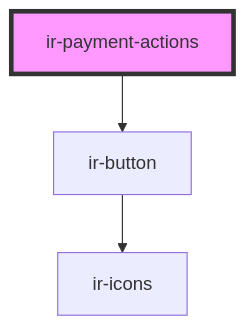
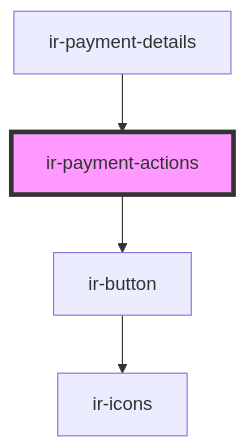
Before and after one commit to David1Chowaifaty/modified-ir-webcmp: the diagram in src/components/ir-booking-details/ir-payment-details/ir-payment-actions/readme.md, drawn with Mermaid. The commit also changed other lines of this file and 13 other files, not shown here.

````diff
--- a/src/components/ir-booking-details/ir-payment-details/ir-payment-actions/readme.md
+++ b/src/components/ir-booking-details/ir-payment-details/ir-payment-actions/readme.md
@@ -30,6 +34,7 @@
 ```mermaid
 graph TD;
   ir-payment-actions --> ir-button
   ir-button --> ir-icons
+  ir-payment-details --> ir-payment-actions
   style ir-payment-actions fill:#f9f,stroke:#333,stroke-width:4px
 ```
````
